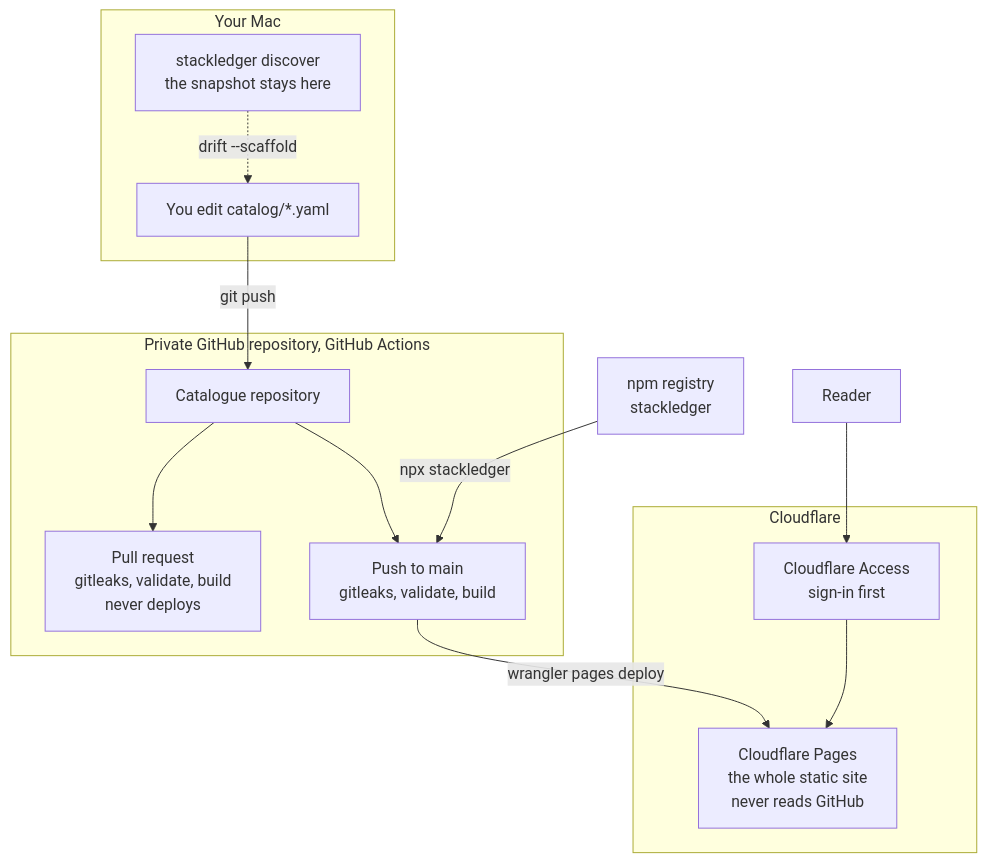
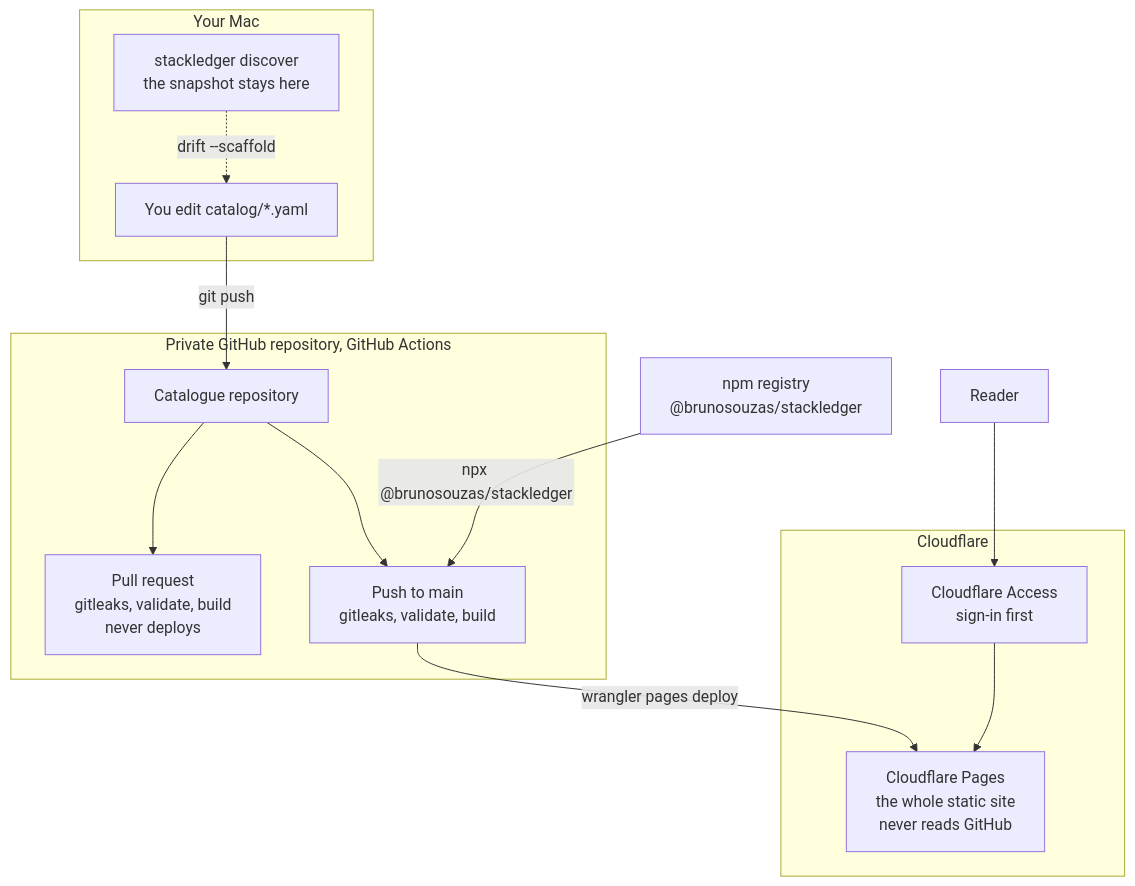
Before and after one commit to brunosouzas/stackledger: the diagram in docs/how-it-works.md, drawn with Mermaid. The commit also changed 30 other files, not shown here.

First line of the commit message:
npm-org-scope: publish as @brunosouzas/stackledger 0.4.1 (#27)

````diff
--- a/docs/how-it-works.md
+++ b/docs/how-it-works.md
@@ -7,25 +7,25 @@
 ```mermaid
 flowchart TB
   subgraph mac["Your Mac"]
     discover["stackledger discover<br/>the snapshot stays here"]
     edit["You edit catalog/*.yaml"]
   end
   subgraph github["Private GitHub repository, GitHub Actions"]
     repo["Catalogue repository"]
     pr["Pull request<br/>gitleaks, validate, build<br/>never deploys"]
     main["Push to main<br/>gitleaks, validate, build"]
   end
-  npm["npm registry<br/>stackledger"]
+  npm["npm registry<br/>@brunosouzas/stackledger"]
   subgraph cloudflare["Cloudflare"]
     access["Cloudflare Access<br/>sign-in first"]
     pages["Cloudflare Pages<br/>the whole static site<br/>never reads GitHub"]
   end
   reader["Reader"]
   discover -. "drift --scaffold" .-> edit
   edit -->|git push| repo
   repo --> pr
   repo --> main
-  npm -->|npx stackledger| main
+  npm -->|npx @brunosouzas/stackledger| main
   main -->|wrangler pages deploy| pages
   reader --> access --> pages
 ```
````
